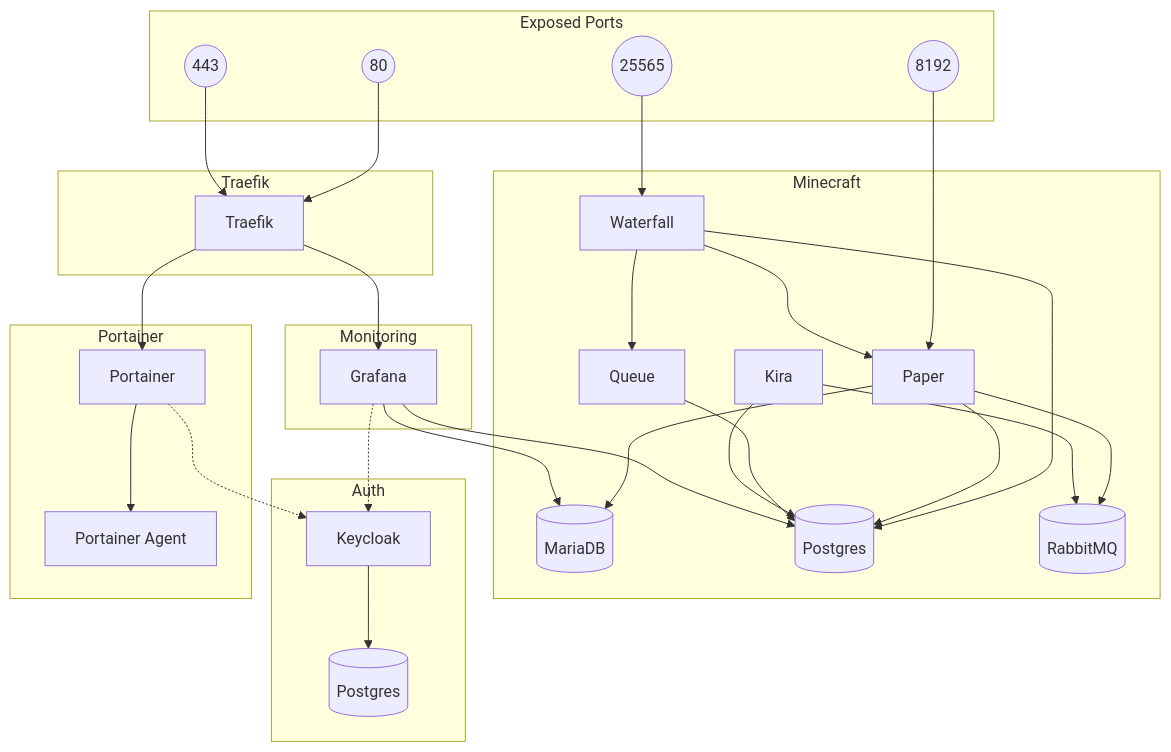
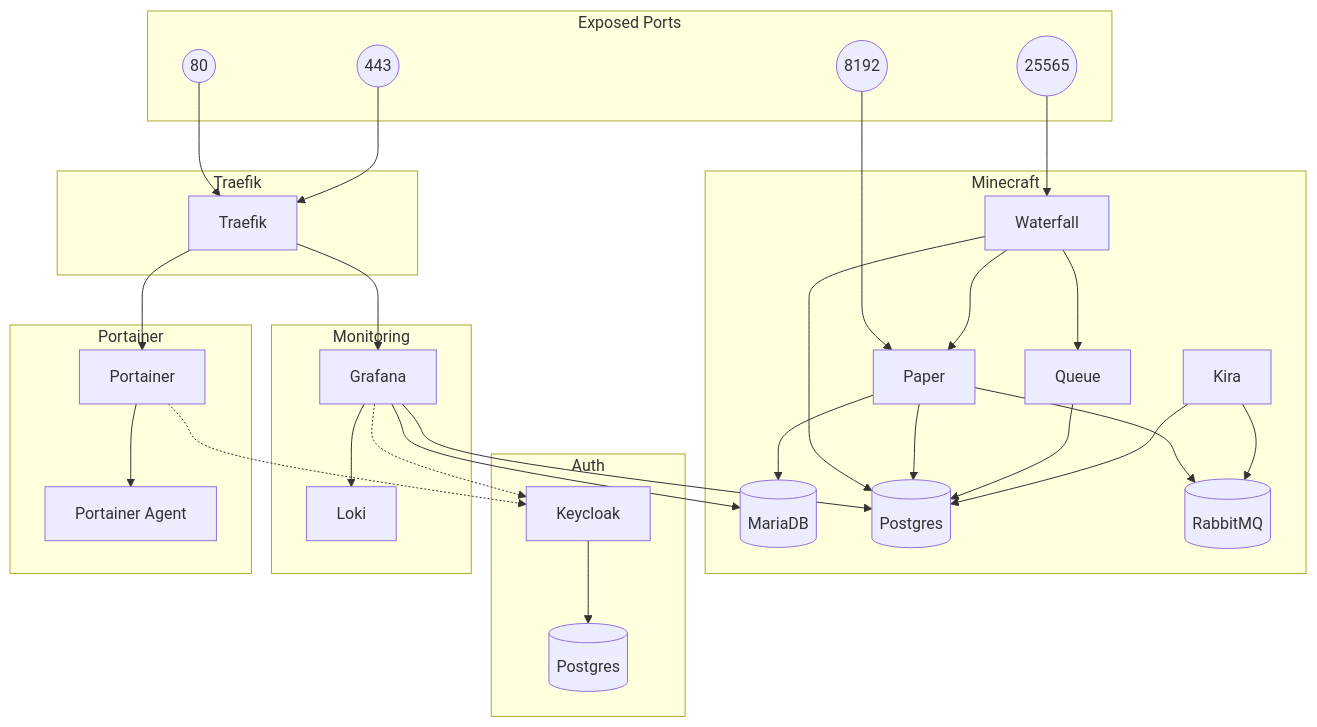
Before and after one commit to CivMC/Civ: the diagram in ansible/README.md, drawn with Mermaid. The commit also changed 6 other files, not shown here.

````diff
--- a/ansible/README.md
+++ b/ansible/README.md
@@ -5,66 +5,68 @@
 ```mermaid
 graph TD;
 
 subgraph Exposed Ports;
   port_http((80));
   port_https((443));
   port_mc((25565));
   port_vote((8192));
 end;
 
 subgraph Minecraft;
   mc_waterfall[Waterfall];
   mc_paper[Paper];
   mc_queue[Queue];
   mc_kira[Kira];
   mc_mariadb[(MariaDB)];
   mc_postgres[(Postgres)];
   mc_rabbitmq[(RabbitMQ)];
   
   port_mc-->mc_waterfall;
   port_vote-->mc_paper;
     
   mc_waterfall-->mc_paper;
   mc_waterfall-->mc_queue;
   mc_waterfall-->mc_postgres;
   mc_paper-->mc_postgres;
   mc_paper-->mc_mariadb;
   mc_paper-->mc_rabbitmq;
   mc_queue-->mc_postgres;
   mc_kira-->mc_postgres;
   mc_kira-->mc_rabbitmq;
 end;
 
 subgraph Auth;
   auth_keycloak[Keycloak];
   auth_postgres[(Postgres)];
   
   auth_keycloak-->auth_postgres;
 end;
 
 subgraph Monitoring;
   mon_grafana[Grafana];
+  mon_loki[Loki];
   
+  mon_grafana-->mon_loki;
   mon_grafana-->mc_postgres;
   mon_grafana-->mc_mariadb;
   mon_grafana-.->auth_keycloak;
 end;
 
 subgraph Portainer;
   por_portainer[Portainer];
   por_agent[Portainer Agent];
   
   por_portainer-->por_agent;
   por_portainer-.->auth_keycloak;
 end;
 
 subgraph Traefik;
   tfk_traefik[Traefik];
   
   port_http-->tfk_traefik;
   port_https-->tfk_traefik;
   
   tfk_traefik-->mon_grafana;
   tfk_traefik-->por_portainer;
 end;
 ```
````
